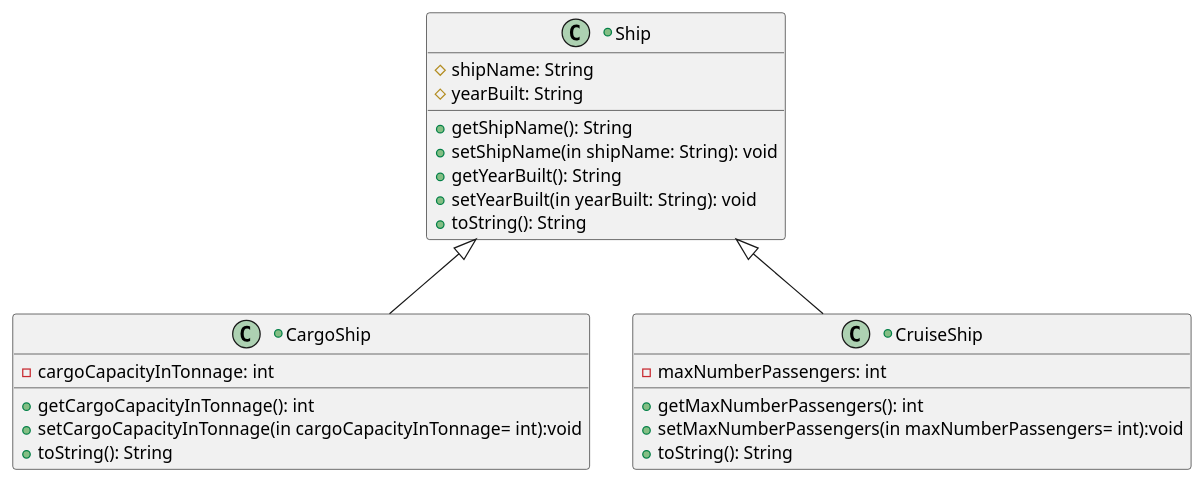
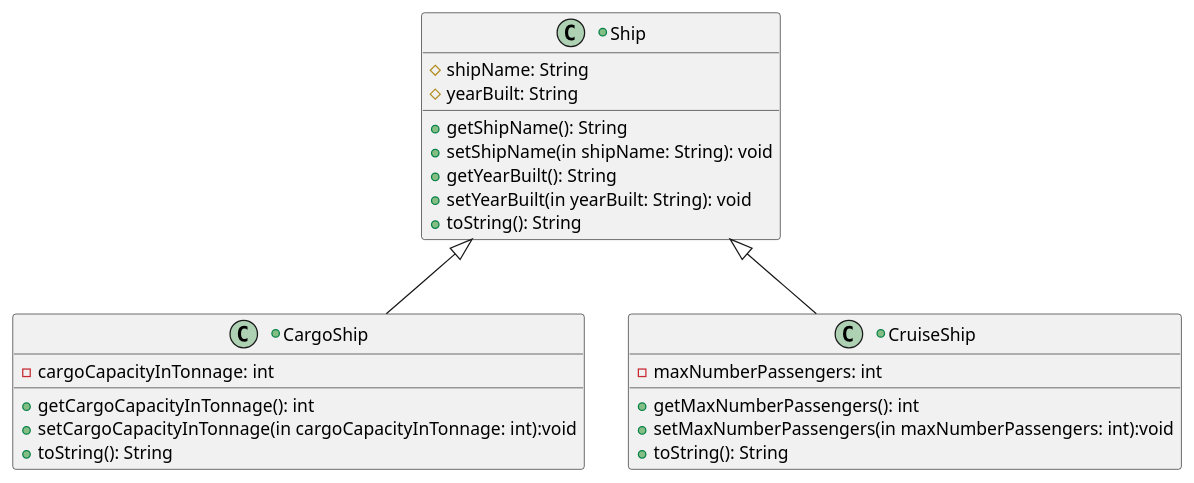
One commit to wtrinh02/HW2-CS5800 changed the diagram in src/Ship.puml. Above: the diagram before and after it, drawn with PlantUML.

Commit message:
Finished Class Diagrams

```diff
--- a/src/Ship.puml
+++ b/src/Ship.puml
@@ -1,32 +1,32 @@
 @startuml
 'https://plantuml.com/class-diagram
 
 +class Ship{
     # shipName: String
     # yearBuilt: String
     + getShipName(): String
     + setShipName(in shipName: String): void
     + getYearBuilt(): String
     + setYearBuilt(in yearBuilt: String): void
     + toString(): String
 }
 
 +class CargoShip{
     - cargoCapacityInTonnage: int
     + getCargoCapacityInTonnage(): int
-    + setCargoCapacityInTonnage(in cargoCapacityInTonnage= int):void
+    + setCargoCapacityInTonnage(in cargoCapacityInTonnage: int):void
     + toString(): String
 }
 
 +class CruiseShip{
         - maxNumberPassengers: int
         + getMaxNumberPassengers(): int
-        + setMaxNumberPassengers(in maxNumberPassengers= int):void
+        + setMaxNumberPassengers(in maxNumberPassengers: int):void
         + toString(): String
 }
 
 Ship <|-- CargoShip
 Ship <|-- CruiseShip
 
 
 @enduml
```
